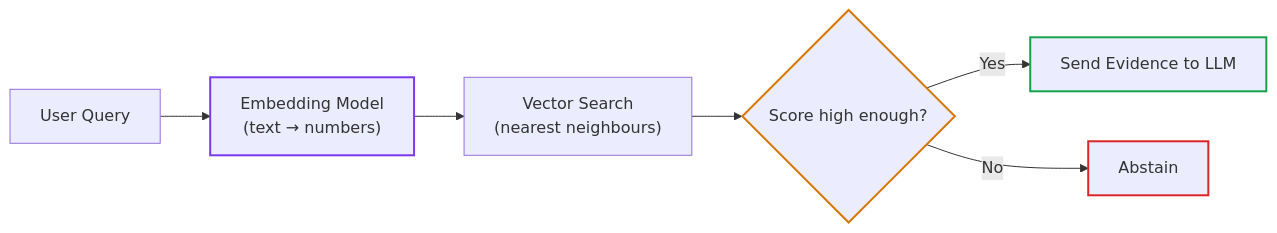
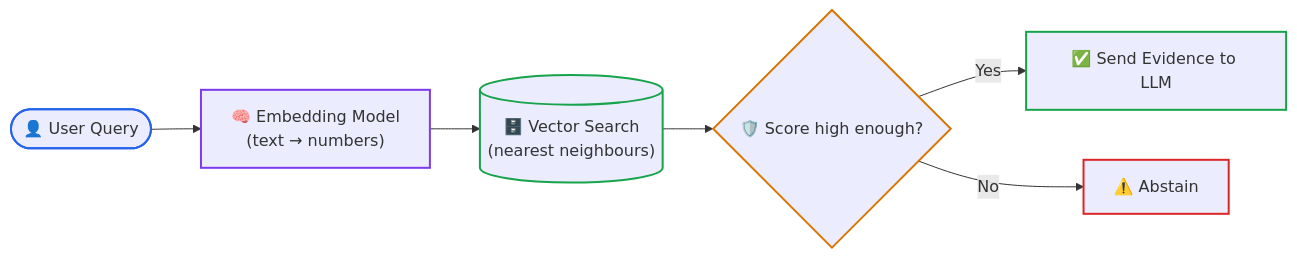
Before and after one commit to dip4k/senior-engineer-to-ai-engineer-roadmap: the diagram in .agents/skills/ai-curriculum-refactoring/references/lesson-template.md, drawn with Mermaid. The commit also changed 39 other files, not shown here.

First line of the commit message:
feat(curriculum): upgrade mermaid diagrams with unicode icons & codify anti-bloat layout rules

````diff
--- a/.agents/skills/ai-curriculum-refactoring/references/lesson-template.md
+++ b/.agents/skills/ai-curriculum-refactoring/references/lesson-template.md
@@ -136,13 +136,15 @@
 ```mermaid
 flowchart LR
-    Q["User Query"] --> E["Embedding Model<br>(text → numbers)"]
-    E --> S["Vector Search<br>(nearest neighbours)"]
-    S --> G{"Score high enough?"}
-    G -- "Yes" --> A["Send Evidence to LLM"]
-    G -- "No" --> B["Abstain"]
+    Q(["👤 User Query"]) --> E["🧠 Embedding Model<br>(text → numbers)"]
+    E --> S[("🗄️ Vector Search<br>(nearest neighbours)")]
+    S --> G{"🛡️ Score high enough?"}
+    G -- "Yes" --> A["✅ Send Evidence to LLM"]
+    G -- "No" --> B["⚠️ Abstain"]
 
+    style Q stroke:#2563eb,stroke-width:2px
     style E stroke:#7c3aed,stroke-width:2px
+    style S stroke:#16a34a,stroke-width:2px
     style G stroke:#d97706,stroke-width:2px
     style A stroke:#16a34a,stroke-width:2px
     style B stroke:#dc2626,stroke-width:2px
 ```
````
